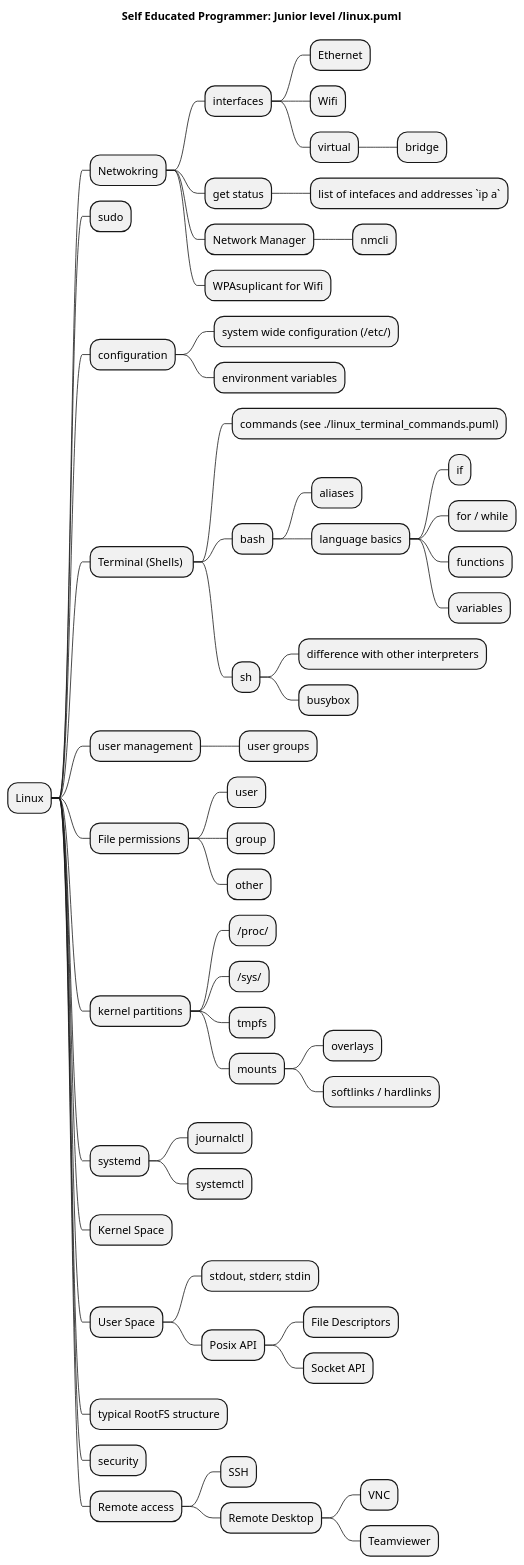
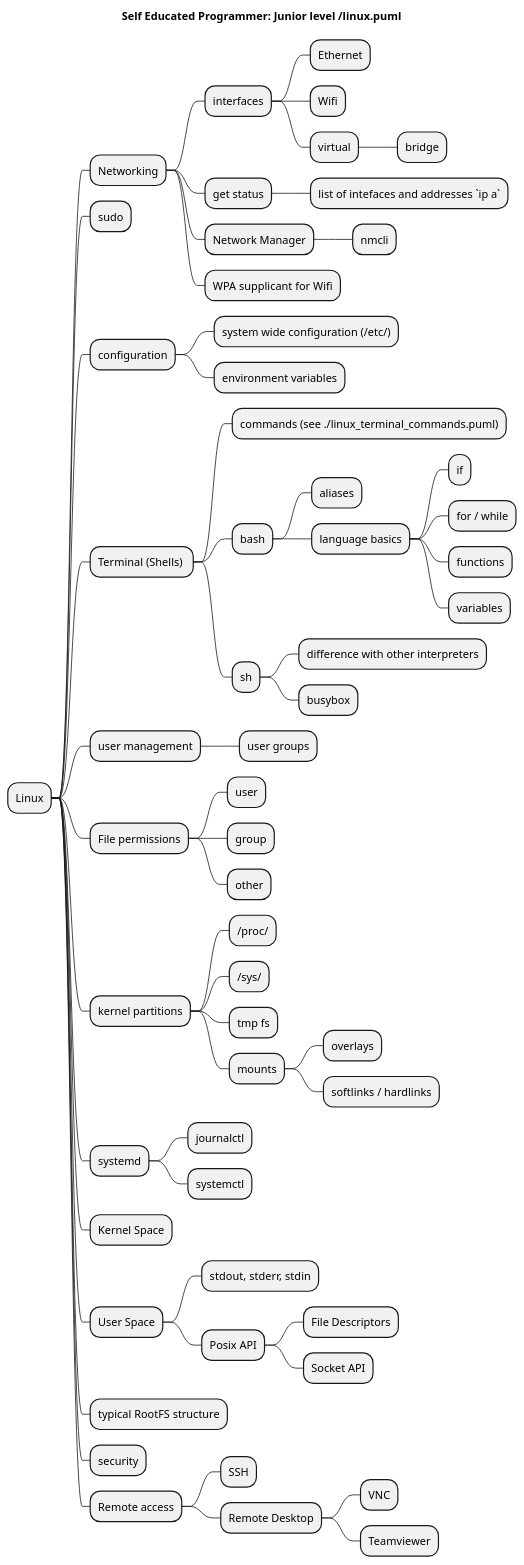
Before and after one commit to SmartSoftDev/self_educated_software_programmer_path: the diagram in src/linux.puml, drawn with PlantUML. The commit also changed 14 other files, not shown here.

```diff
--- a/src/linux.puml
+++ b/src/linux.puml
@@ -1,63 +1,63 @@
 @startmindmap
 title Self Educated Programmer: Junior level /linux.puml
 
 
 * Linux
-** Netwokring
+** Networking
 *** interfaces
 **** Ethernet
 **** Wifi
 **** virtual
 ***** bridge
 *** get status
 **** list of intefaces and addresses `ip a`
 *** Network Manager
 **** nmcli
-*** WPAsuplicant for Wifi
+*** WPA supplicant for Wifi
 ** sudo
 ** configuration
 *** system wide configuration (/etc/)
 *** environment variables
 ** Terminal (Shells) 
 *** commands (see ./linux_terminal_commands.puml)
 *** bash
 **** aliases
 **** language basics
 ***** if
 ***** for / while
 ***** functions
 ***** variables
 *** sh
 **** difference with other interpreters
 **** busybox
 ** user management
 *** user groups
 ** File permissions
 *** user
 *** group
 *** other
 ** kernel partitions
 *** /proc/
 *** /sys/
-*** tmpfs
+*** tmp fs
 *** mounts
 **** overlays
 **** softlinks / hardlinks
 ** systemd
 *** journalctl
 *** systemctl
 ** Kernel Space
 ** User Space
 *** stdout, stderr, stdin
 *** Posix API
 **** File Descriptors
 **** Socket API
 ** typical RootFS structure
 ** security
 ** Remote access
 *** SSH
 *** Remote Desktop
 **** VNC
 **** Teamviewer
 
 @endmindmap
```
